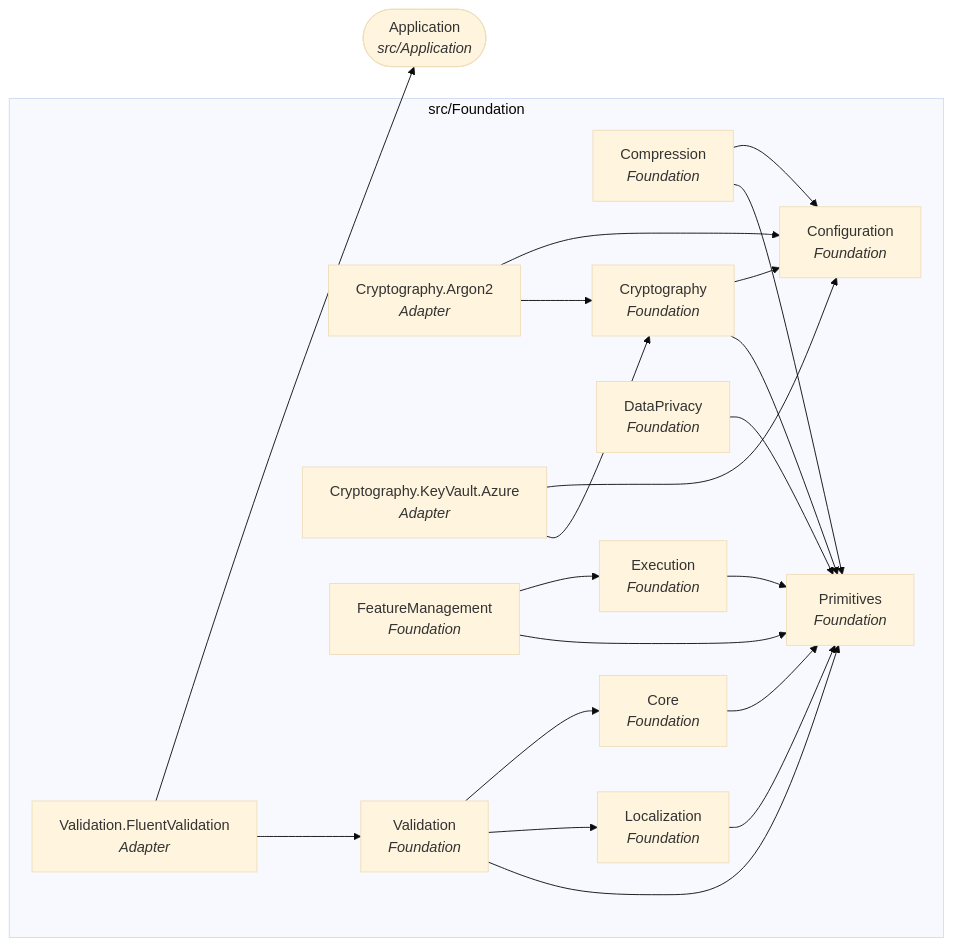
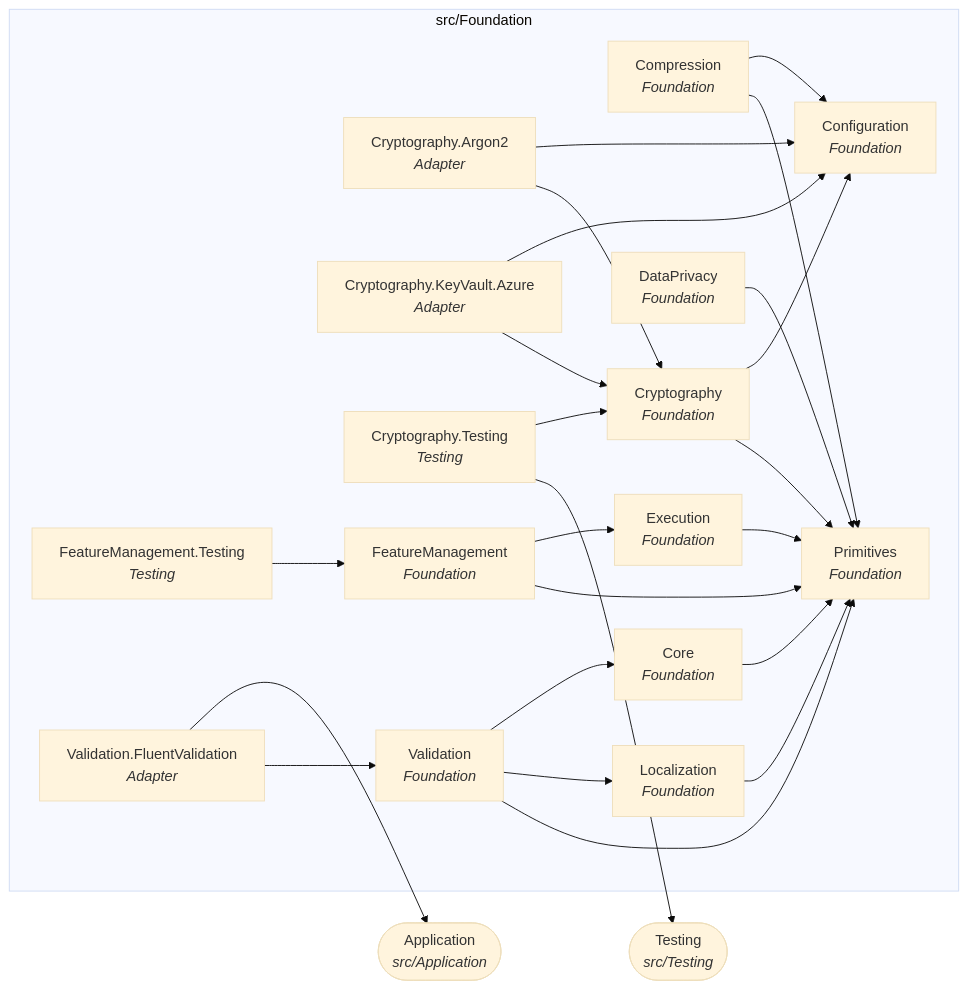
One commit to Gresta-Vertex-Labs/platform-shared-kernel changed the third of 22 diagrams in docs/dependency-graph.md. Above: the diagram before and after it, drawn with Mermaid (base theme). The commit also changed other lines of this file and 508 other files, not shown here.

````diff
--- a/docs/dependency-graph.md
+++ b/docs/dependency-graph.md
@@ -128,38 +126,44 @@
 ```mermaid
 flowchart LR
   subgraph folder_src_Foundation["src/Foundation"]
     SharedKernel_Compression["Compression<br/><i>Foundation</i>"]
     SharedKernel_Configuration["Configuration<br/><i>Foundation</i>"]
     SharedKernel_Core["Core<br/><i>Foundation</i>"]
     SharedKernel_Cryptography["Cryptography<br/><i>Foundation</i>"]
     SharedKernel_Cryptography_Argon2["Cryptography.Argon2<br/><i>Adapter</i>"]
     SharedKernel_Cryptography_KeyVault_Azure["Cryptography.KeyVault.Azure<br/><i>Adapter</i>"]
+    SharedKernel_Cryptography_Testing["Cryptography.Testing<br/><i>Testing</i>"]
     SharedKernel_DataPrivacy["DataPrivacy<br/><i>Foundation</i>"]
     SharedKernel_Execution["Execution<br/><i>Foundation</i>"]
     SharedKernel_FeatureManagement["FeatureManagement<br/><i>Foundation</i>"]
+    SharedKernel_FeatureManagement_Testing["FeatureManagement.Testing<br/><i>Testing</i>"]
     SharedKernel_Localization["Localization<br/><i>Foundation</i>"]
     SharedKernel_Primitives["Primitives<br/><i>Foundation</i>"]
     SharedKernel_Validation["Validation<br/><i>Foundation</i>"]
     SharedKernel_Validation_FluentValidation["Validation.FluentValidation<br/><i>Adapter</i>"]
   end
   SharedKernel_Application(["Application<br/><i>src/Application</i>"])
+  SharedKernel_Testing(["Testing<br/><i>src/Testing</i>"])
   SharedKernel_Compression --> SharedKernel_Configuration
   SharedKernel_Compression --> SharedKernel_Primitives
   SharedKernel_Core --> SharedKernel_Primitives
   SharedKernel_Cryptography --> SharedKernel_Configuration
   SharedKernel_Cryptography --> SharedKernel_Primitives
   SharedKernel_Cryptography_Argon2 --> SharedKernel_Configuration
   SharedKernel_Cryptography_Argon2 --> SharedKernel_Cryptography
   SharedKernel_Cryptography_KeyVault_Azure --> SharedKernel_Configuration
   SharedKernel_Cryptography_KeyVault_Azure --> SharedKernel_Cryptography
+  SharedKernel_Cryptography_Testing --> SharedKernel_Cryptography
+  SharedKernel_Cryptography_Testing --> SharedKernel_Testing
   SharedKernel_DataPrivacy --> SharedKernel_Primitives
   SharedKernel_Execution --> SharedKernel_Primitives
   SharedKernel_FeatureManagement --> SharedKernel_Execution
   SharedKernel_FeatureManagement --> SharedKernel_Primitives
+  SharedKernel_FeatureManagement_Testing --> SharedKernel_FeatureManagement
   SharedKernel_Localization --> SharedKernel_Primitives
   SharedKernel_Validation --> SharedKernel_Core
   SharedKernel_Validation --> SharedKernel_Localization
   SharedKernel_Validation --> SharedKernel_Primitives
   SharedKernel_Validation_FluentValidation --> SharedKernel_Application
   SharedKernel_Validation_FluentValidation --> SharedKernel_Validation
 ```
````
